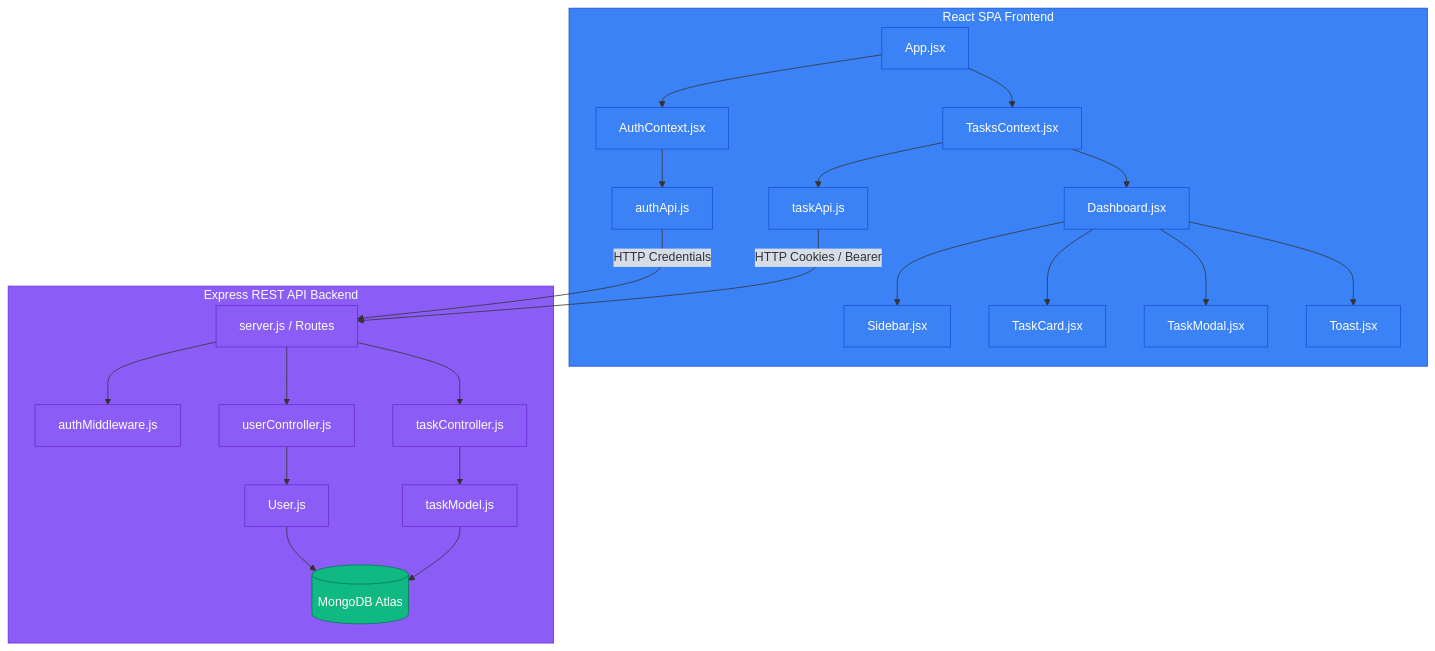
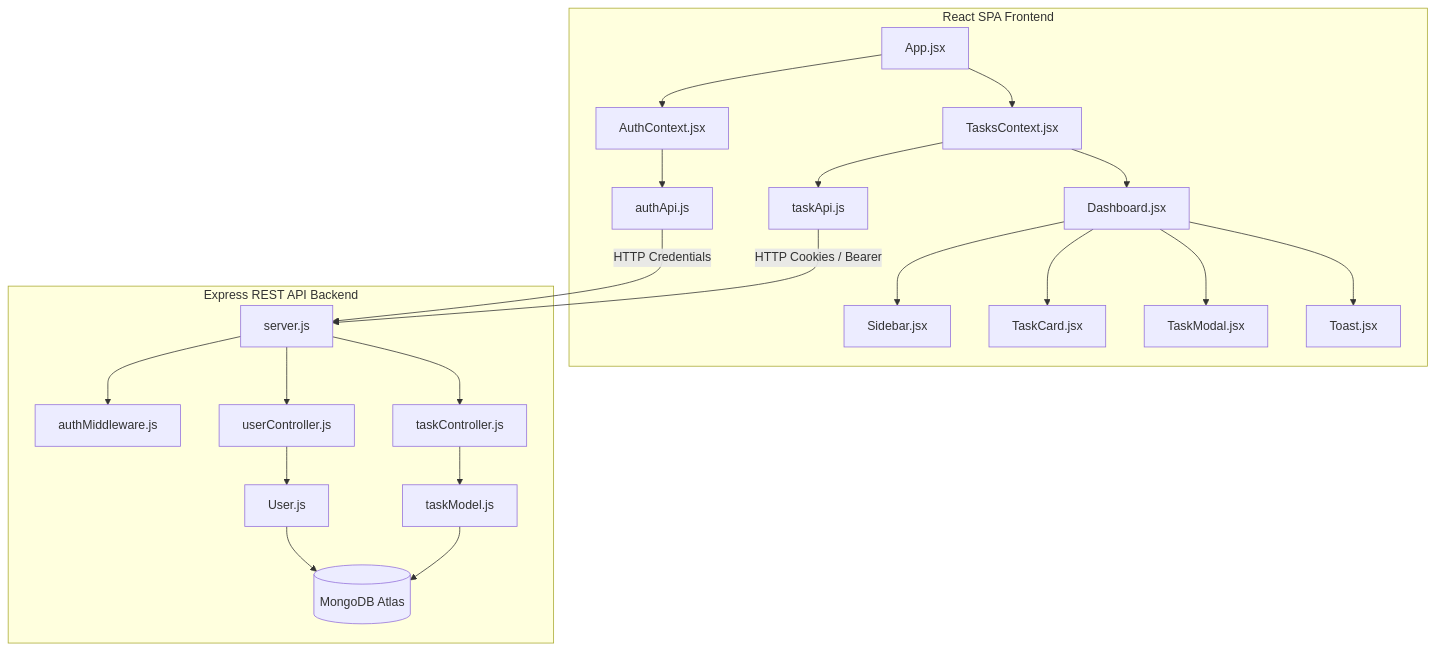
One commit to SahilSameer18/task-tracker changed the diagram in Readme.md. Above: the diagram before and after it, drawn with Mermaid. The commit also changed other lines of this file, not shown here.

````diff
--- a/Readme.md
+++ b/Readme.md
@@ -27,34 +27,26 @@
 ```mermaid
 graph TD
     subgraph Client [React SPA Frontend]
         App[App.jsx] --> AuthProvider[AuthContext.jsx]
         App --> TasksProvider[TasksContext.jsx]
         TasksProvider --> Dashboard[Dashboard.jsx]
         Dashboard --> Sidebar[Sidebar.jsx]
         Dashboard --> TaskCard[TaskCard.jsx]
         Dashboard --> TaskModal[TaskModal.jsx]
         Dashboard --> Toast[Toast.jsx]
         TasksProvider --> taskApi[taskApi.js]
         AuthProvider --> authApi[authApi.js]
     end
 
     subgraph Server [Express REST API Backend]
-        taskApi -- HTTP Cookies / Bearer --> Router[server.js / Routes]
+        taskApi -- HTTP Cookies / Bearer --> Router[server.js]
         authApi -- HTTP Credentials --> Router
         Router --> AuthMiddleware[authMiddleware.js]
         Router --> TaskController[taskController.js]
         Router --> UserController[userController.js]
         TaskController --> TaskModel[taskModel.js]
         UserController --> UserModel[User.js]
         TaskModel --> DB[(MongoDB Atlas)]
         UserModel --> DB
     end
-    
-    classDef clientStyle fill:#3b82f6,stroke:#1d4ed8,color:#fff;
-    classDef serverStyle fill:#8b5cf6,stroke:#6d28d9,color:#fff;
-    classDef dbStyle fill:#10b981,stroke:#047857,color:#fff;
-    
-    class Client,App,AuthProvider,TasksProvider,Dashboard,Sidebar,TaskCard,TaskModal,Toast,taskApi,authApi clientStyle;
-    class Server,Router,AuthMiddleware,TaskController,UserController,TaskModel,UserModel serverStyle;
-    class DB dbStyle;
 ```
````
